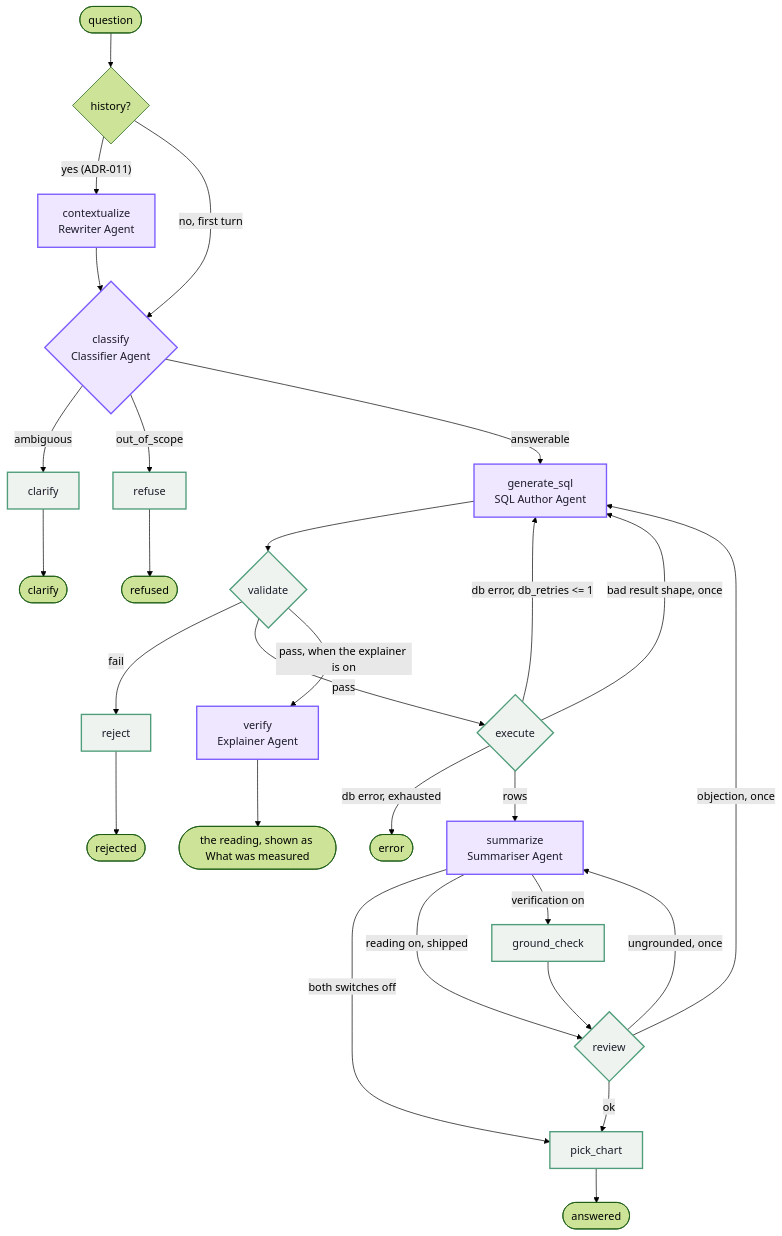
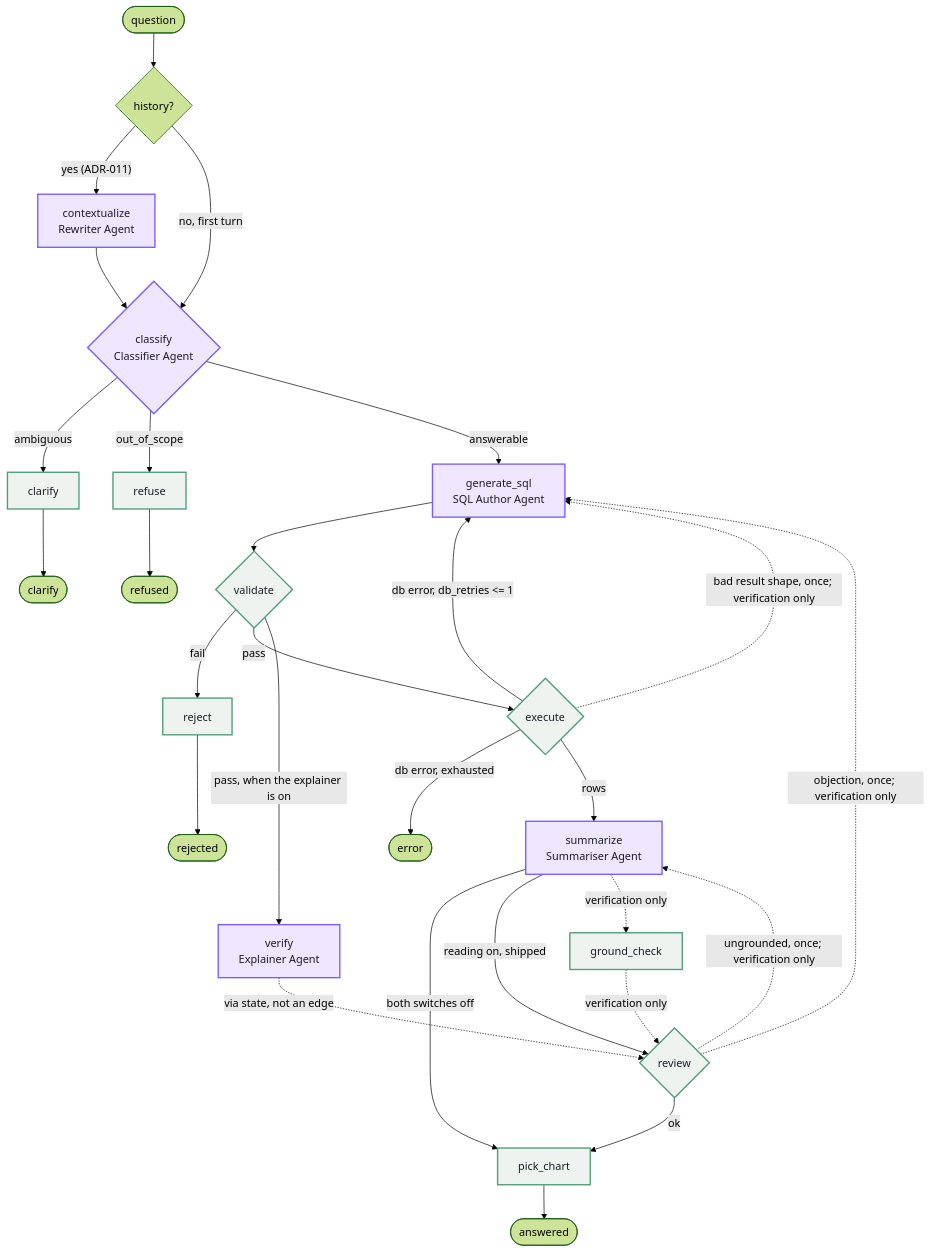
Before and after one commit to insafim/conversational-data-analyst: the third of 4 diagrams in docs/ARCHITECTURE.md, drawn with Mermaid (forest theme). The commit also changed other lines of this file, not shown here.

````diff
--- a/docs/ARCHITECTURE.md
+++ b/docs/ARCHITECTURE.md
@@ -383,35 +383,35 @@
 ```mermaid
 flowchart TD
     START([question]) --> CX{history?}
     CX -- "yes (ADR-011)" --> CTX["contextualize<br/>Rewriter Agent"]
     CX -- "no, first turn" --> C
     CTX --> C{"classify<br/>Classifier Agent"}
     C -- ambiguous --> CL[clarify]
     C -- out_of_scope --> RF[refuse]
     C -- answerable --> G["generate_sql<br/>SQL Author Agent"]
     G --> V{validate}
     V -- fail --> RJ[reject]
     V -- pass --> E{execute}
     V -- "pass, when the explainer is on" --> VF["verify<br/>Explainer Agent"]
-    VF --> DV(["the reading, shown as What was measured"])
+    VF -. "via state, not an edge" .-> RV
     E -- "db error, db_retries <= 1" --> G
-    E -- "bad result shape, once" --> G
+    E -. "bad result shape, once; verification only" .-> G
     E -- "db error, exhausted" --> ERR([error])
     E -- rows --> S["summarize<br/>Summariser Agent"]
     S -- "both switches off" --> P[pick_chart]
     S -- "reading on, shipped" --> RV{review}
-    S -- "verification on" --> GC[ground_check]
-    GC --> RV
-    RV -- "objection, once" --> G
-    RV -- "ungrounded, once" --> S
+    S -. "verification only" .-> GC[ground_check]
+    GC -. "verification only" .-> RV
+    RV -. "objection, once; verification only" .-> G
+    RV -. "ungrounded, once; verification only" .-> S
     RV -- ok --> P
     P --> D1([answered])
     CL --> D2([clarify])
     RF --> D3([refused])
     RJ --> D4([rejected])
 
     classDef agent fill:#efe6ff,stroke:#7c5cff,stroke-width:2px,color:#1c1c28;
     classDef code fill:#eef3f0,stroke:#4f9d7a,stroke-width:2px,color:#1c1c28;
     class CTX,C,G,VF,S agent;
     class CL,RF,V,RJ,E,GC,RV,P code;
 ```
````
